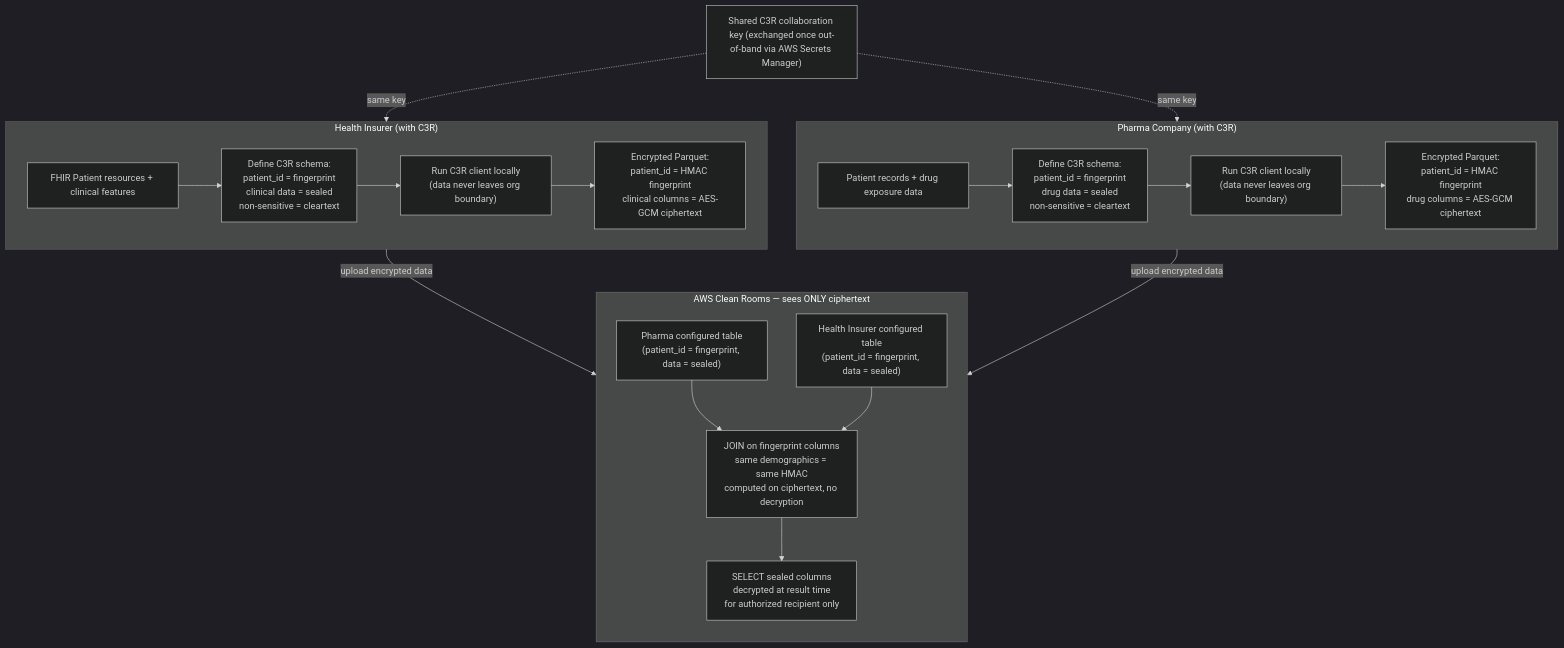
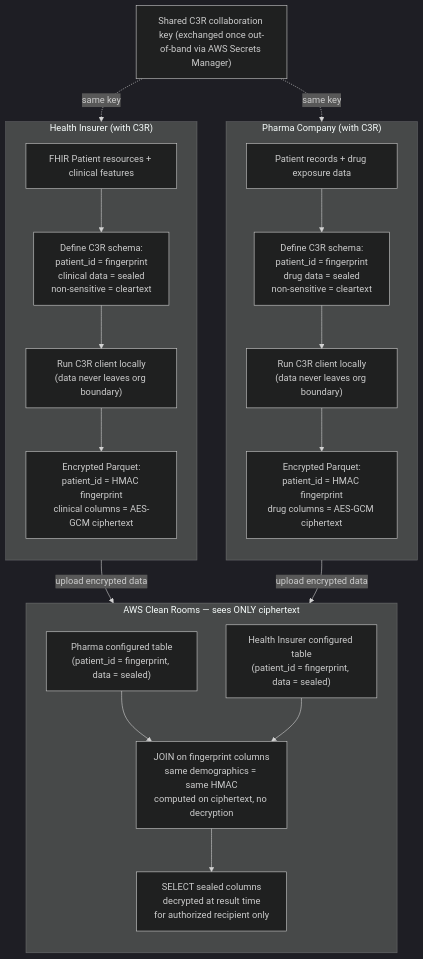
The second of 2 diagrams in README.md (aws-samples/sample-Adverse-Drug-Reaction-Prediction-Using-AWS-HealthLake-and-AWS-Clean-Rooms-Part1), drawn with Mermaid (dark theme) before and after one commit. The commit also changed other lines of this file, not shown here.

Commit message:
Fix mermaid diagrams in section 4.2: use direction TB for vertical layout

````diff
--- a/README.md
+++ b/README.md
@@ -239,30 +239,30 @@
 ```mermaid
 flowchart TB
     KEY["Shared C3R collaboration key (exchanged once out-of-band via AWS Secrets Manager)"]
 
     subgraph PHARMA["Pharma Company (with C3R)"]
-        direction LR
+        direction TB
         P1["Patient records + drug exposure data"] --> P2["Define C3R schema:<br/>patient_id = fingerprint<br/>drug data = sealed<br/>non-sensitive = cleartext"] --> P3["Run C3R client locally<br/>(data never leaves org boundary)"] --> P4["Encrypted Parquet:<br/>patient_id = HMAC fingerprint<br/>drug columns = AES-GCM ciphertext"]
     end
 
     subgraph HC["Health Insurer (with C3R)"]
-        direction LR
+        direction TB
         H1["FHIR Patient resources + clinical features"] --> H2["Define C3R schema:<br/>patient_id = fingerprint<br/>clinical data = sealed<br/>non-sensitive = cleartext"] --> H3["Run C3R client locally<br/>(data never leaves org boundary)"] --> H4["Encrypted Parquet:<br/>patient_id = HMAC fingerprint<br/>clinical columns = AES-GCM ciphertext"]
     end
 
     subgraph CR["AWS Clean Rooms — sees ONLY ciphertext"]
         direction TB
         CR_P["Pharma configured table<br/>(patient_id = fingerprint, data = sealed)"]
         CR_H["Health Insurer configured table<br/>(patient_id = fingerprint, data = sealed)"]
         CR2["JOIN on fingerprint columns<br/>same demographics = same HMAC<br/>computed on ciphertext, no decryption"]
         CR3["SELECT sealed columns<br/>decrypted at result time<br/>for authorized recipient only"]
         CR_P --> CR2
         CR_H --> CR2
         CR2 --> CR3
     end
 
     KEY -.->|"same key"| P3
     KEY -.->|"same key"| H3
     P4 -->|"upload encrypted data"| CR_P
     H4 -->|"upload encrypted data"| CR_H
 ```
````
